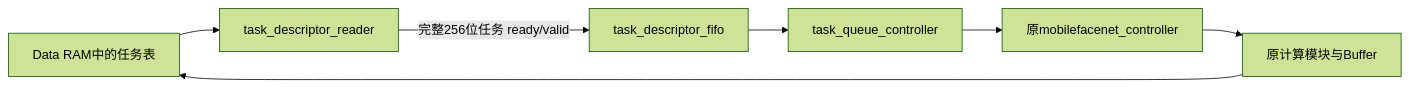
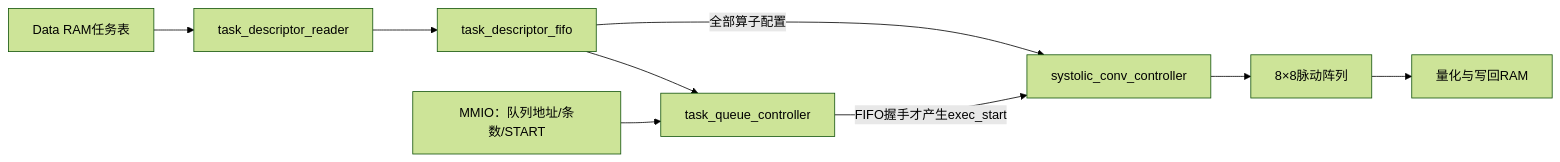
One commit to ztszzz733/fpga-cnn changed the diagram in mobilefacenet/docs/task_queue.md. Above: the diagram before and after it, drawn with Mermaid (forest theme). The commit also changed other lines of this file and 78 other files, not shown here.

````diff
--- a/mobilefacenet/docs/task_queue.md
+++ b/mobilefacenet/docs/task_queue.md
@@ -54,9 +59,11 @@
 ```mermaid
 flowchart LR
-    RAM[Data RAM中的任务表] --> R[task_descriptor_reader]
-    R -->|完整256位任务 ready/valid| F[task_descriptor_fifo]
-    F --> Q[task_queue_controller]
-    Q --> C[原mobilefacenet_controller]
-    C --> E[原计算模块与Buffer]
-    E --> RAM
+    RAM[Data RAM任务表] --> READER[task_descriptor_reader]
+    READER --> FIFO[task_descriptor_fifo]
+    FIFO -->|全部算子配置| CTRL[systolic_conv_controller]
+    FIFO --> Q[task_queue_controller]
+    MMIO[MMIO：队列地址/条数/START] --> Q
+    Q -->|FIFO握手才产生exec_start| CTRL
+    CTRL --> ARRAY[8×8脉动阵列]
+    ARRAY --> OUT[量化与写回RAM]
 ```
````
